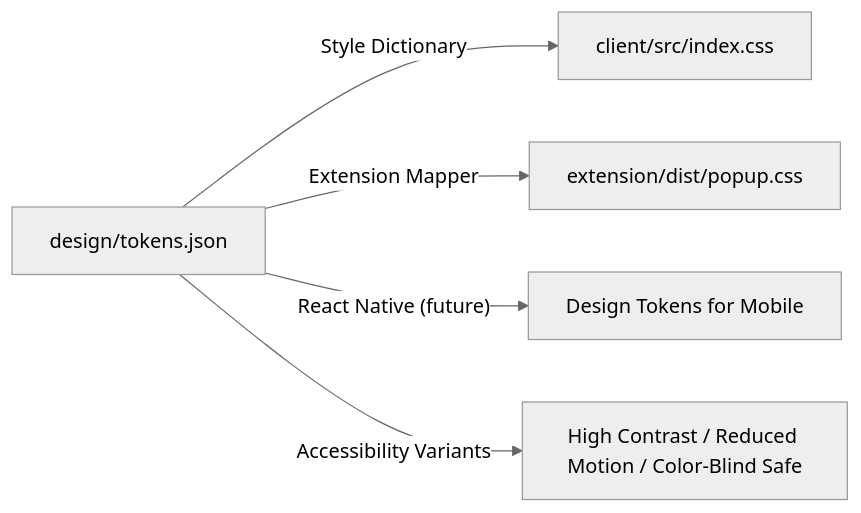
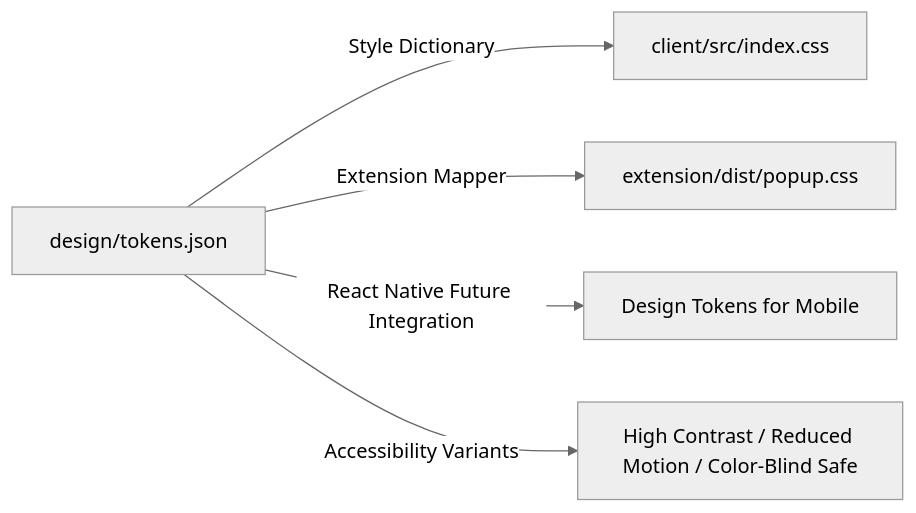
One commit to Tejas3479/memora changed the diagram in docs/design.md. Above: the diagram before and after it, drawn with Mermaid (neutral theme).

Commit message:
docs: improve Mermaid link label syntax compatibility in design.md

````diff
--- a/docs/design.md
+++ b/docs/design.md
@@ -19,7 +19,7 @@
 ```mermaid
 graph LR
     Tokens["design/tokens.json"] -->|"Style Dictionary"| CSS["client/src/index.css"]
     Tokens -->|"Extension Mapper"| ExtensionCSS["extension/dist/popup.css"]
-    Tokens -->|"React Native (future)"| Mobile["Design Tokens for Mobile"]
+    Tokens -->|"React Native Future Integration"| Mobile["Design Tokens for Mobile"]
     Tokens -->|"Accessibility Variants"| A11y["High Contrast / Reduced Motion / Color-Blind Safe"]
 ```
````
